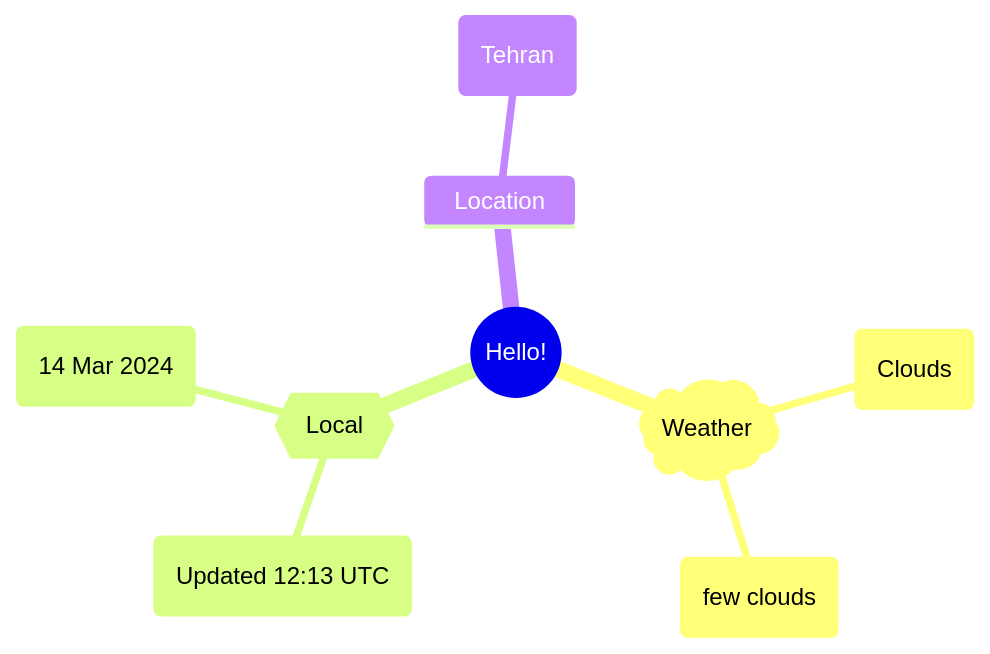
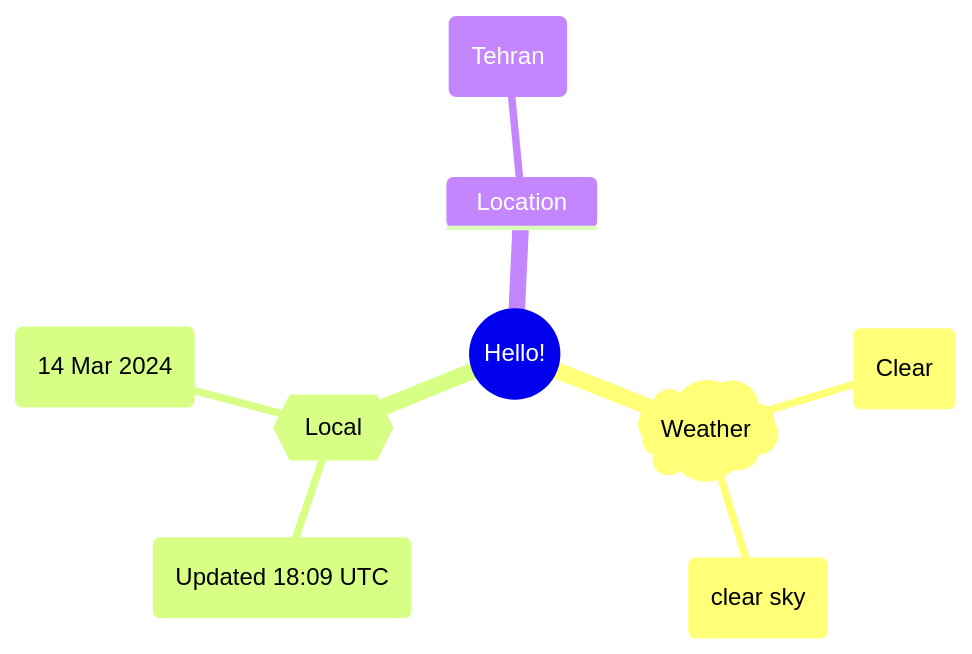
The first of 2 diagrams in README.md (Xosrov/Xosrov), drawn with Mermaid before and after one commit.

Commit message:
[bot] updated images

````diff
--- a/README.md
+++ b/README.md
@@ -3,12 +3,12 @@
 ```mermaid
 mindmap
   root((Hello!))
     )Weather(
-        (Clouds)
-        (few clouds)
+        (Clear)
+        (clear sky)
     {{Local}}
-        (Updated 12:13 UTC)
+        (Updated 18:09 UTC)
         (14 Mar 2024)
     Location
         (Tehran)
 ```
````
